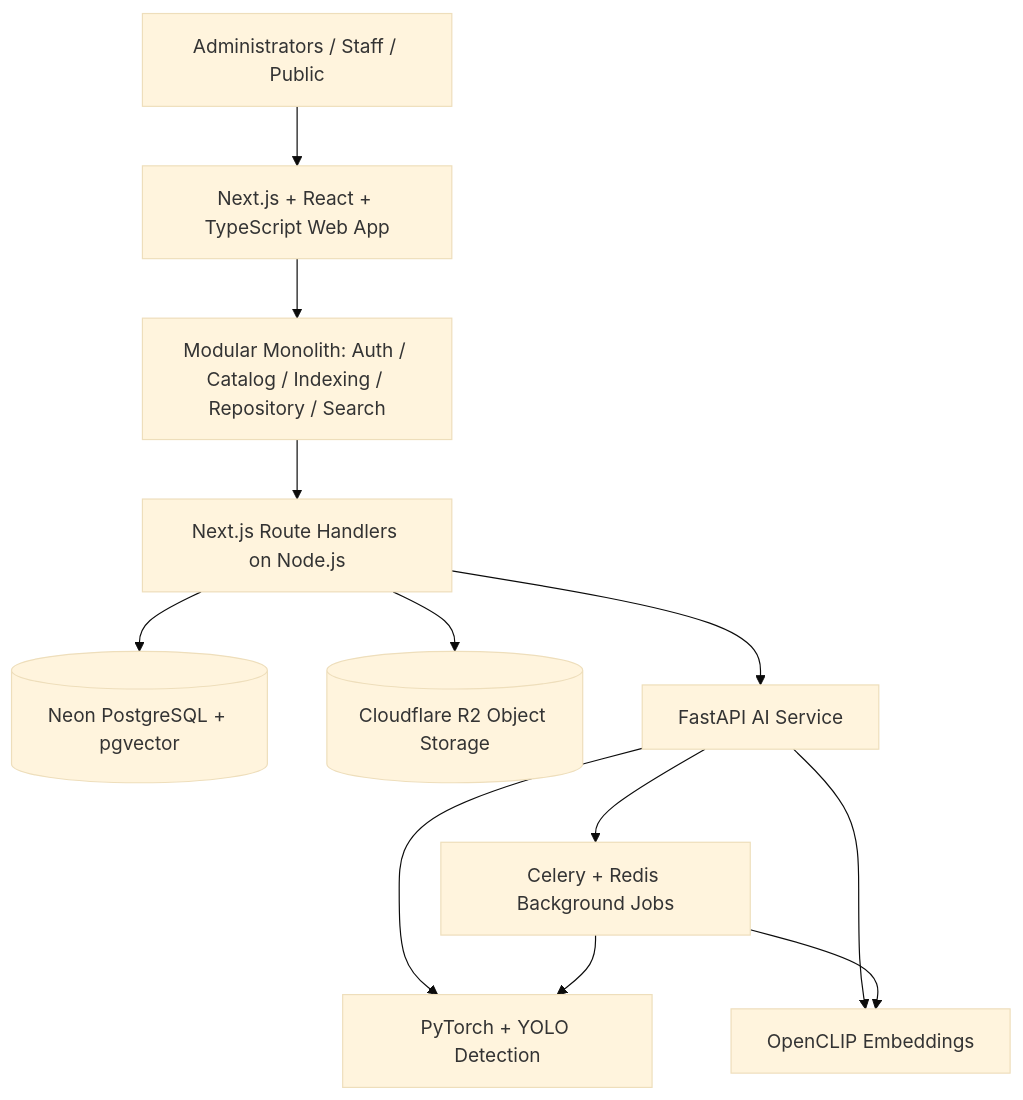
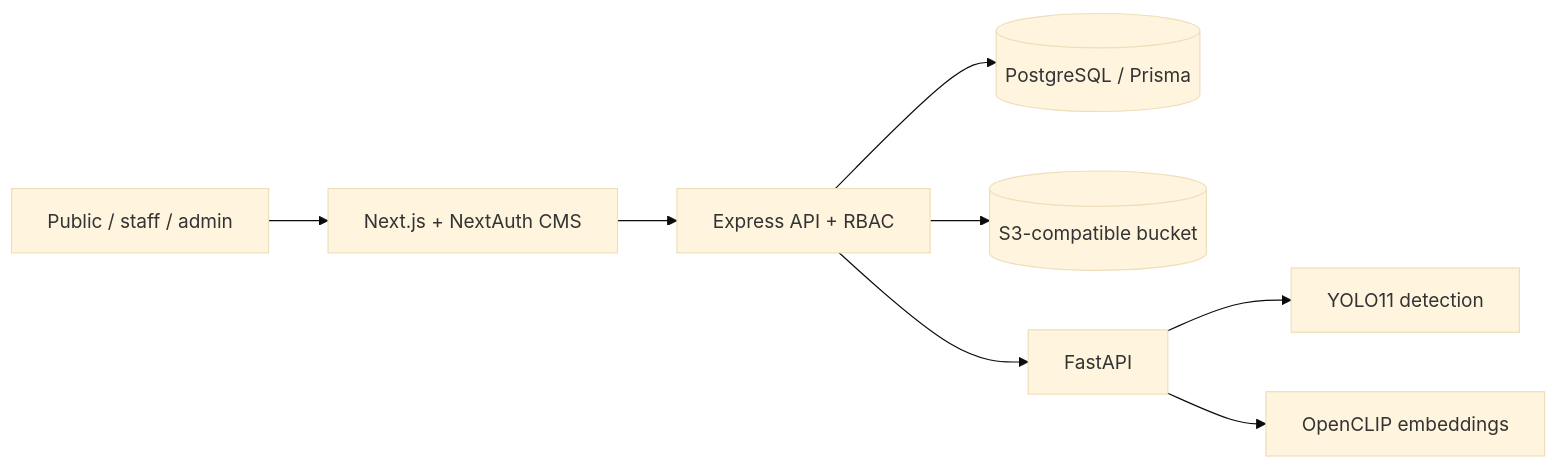
The diagram in README.md (sweng-grp018/asceoft-product-library), drawn with Mermaid (base theme) before and after one commit. The commit also changed other lines of this file and 79 other files, not shown here.

First line of the commit message:
feat(stack)!: migrate Lensistry to Skaffld-aligned architecture

````diff
--- a/README.md
+++ b/README.md
@@ -138,14 +47,10 @@
 ```mermaid
-flowchart TD
-    U[Administrators / Staff / Public] --> W[Next.js + React + TypeScript Web App]
-    W --> M[Modular Monolith: Auth / Catalog / Indexing / Repository / Search]
-    M --> A[Next.js Route Handlers on Node.js]
-    A --> D[(Neon PostgreSQL + pgvector)]
-    A --> O[(Cloudflare R2 Object Storage)]
-    A --> AI[FastAPI AI Service]
-    AI --> Y[PyTorch + YOLO Detection]
-    AI --> C[OpenCLIP Embeddings]
-    AI --> Q[Celery + Redis Background Jobs]
-    Q --> Y
-    Q --> C
+flowchart LR
+  V[Public / staff / admin] --> W[Next.js + NextAuth CMS]
+  W --> E[Express API + RBAC]
+  E --> P[(PostgreSQL / Prisma)]
+  E --> S[(S3-compatible bucket)]
+  E --> A[FastAPI]
+  A --> Y[YOLO11 detection]
+  A --> C[OpenCLIP embeddings]
 ```
````
